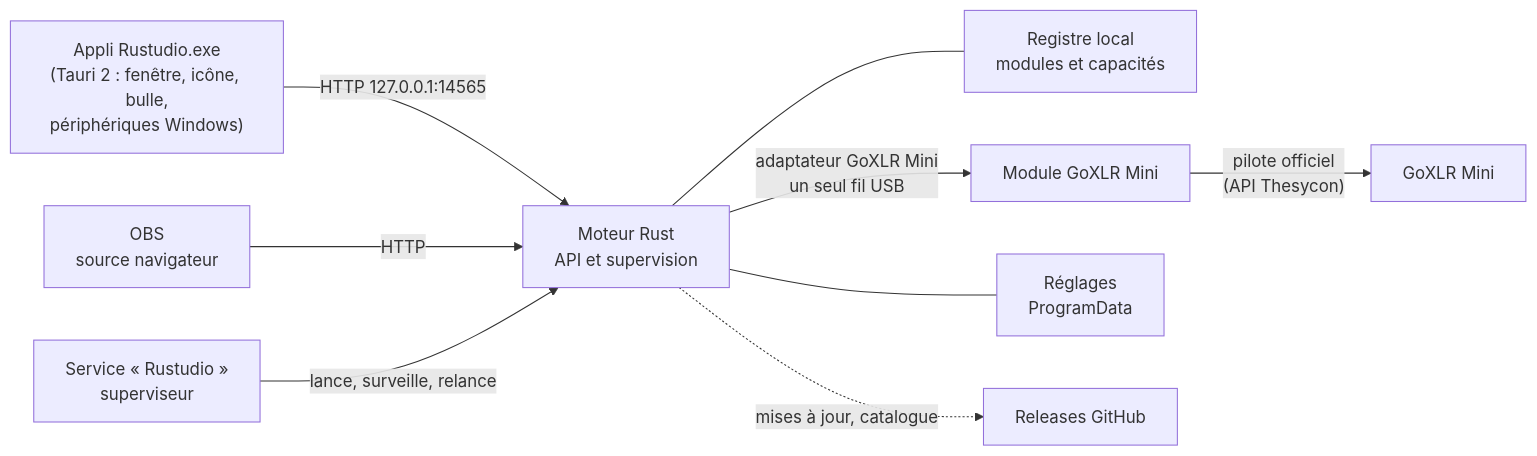
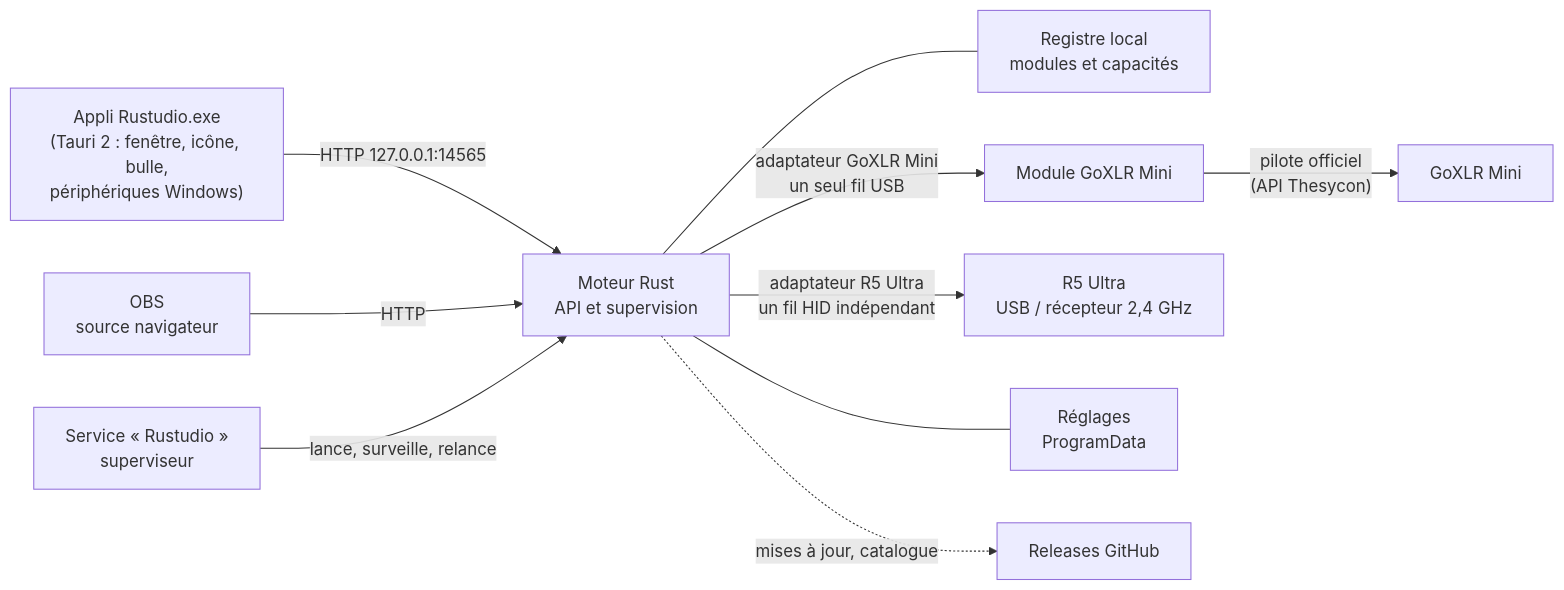
Before and after one commit to samirmedani/rustudio: the diagram in README.md, drawn with Mermaid. The commit also changed other lines of this file and 26 other files, not shown here.

````diff
--- a/README.md
+++ b/README.md
@@ -162,11 +174,12 @@
 ```mermaid
 flowchart LR
   A["Appli Rustudio.exe<br/>(Tauri 2 : fenêtre, icône, bulle,<br/>périphériques Windows)"] -- "HTTP 127.0.0.1:14565" --> C
   O["OBS<br/>source navigateur"] -- HTTP --> C
   S["Service « Rustudio »<br/>superviseur"] -- "lance, surveille, relance" --> C["Moteur Rust<br/>API et supervision"]
   C --- R["Registre local<br/>modules et capacités"]
   C -- "adaptateur GoXLR Mini<br/>un seul fil USB" --> M["Module GoXLR Mini"]
   M -- "pilote officiel<br/>(API Thesycon)" --> D["GoXLR Mini"]
+  C -- "adaptateur R5 Ultra<br/>un fil HID indépendant" --> H["R5 Ultra<br/>USB / récepteur 2,4 GHz"]
   C --- E["Réglages<br/>ProgramData"]
   C -. "mises à jour, catalogue" .-> G["Releases GitHub"]
 ```
````
